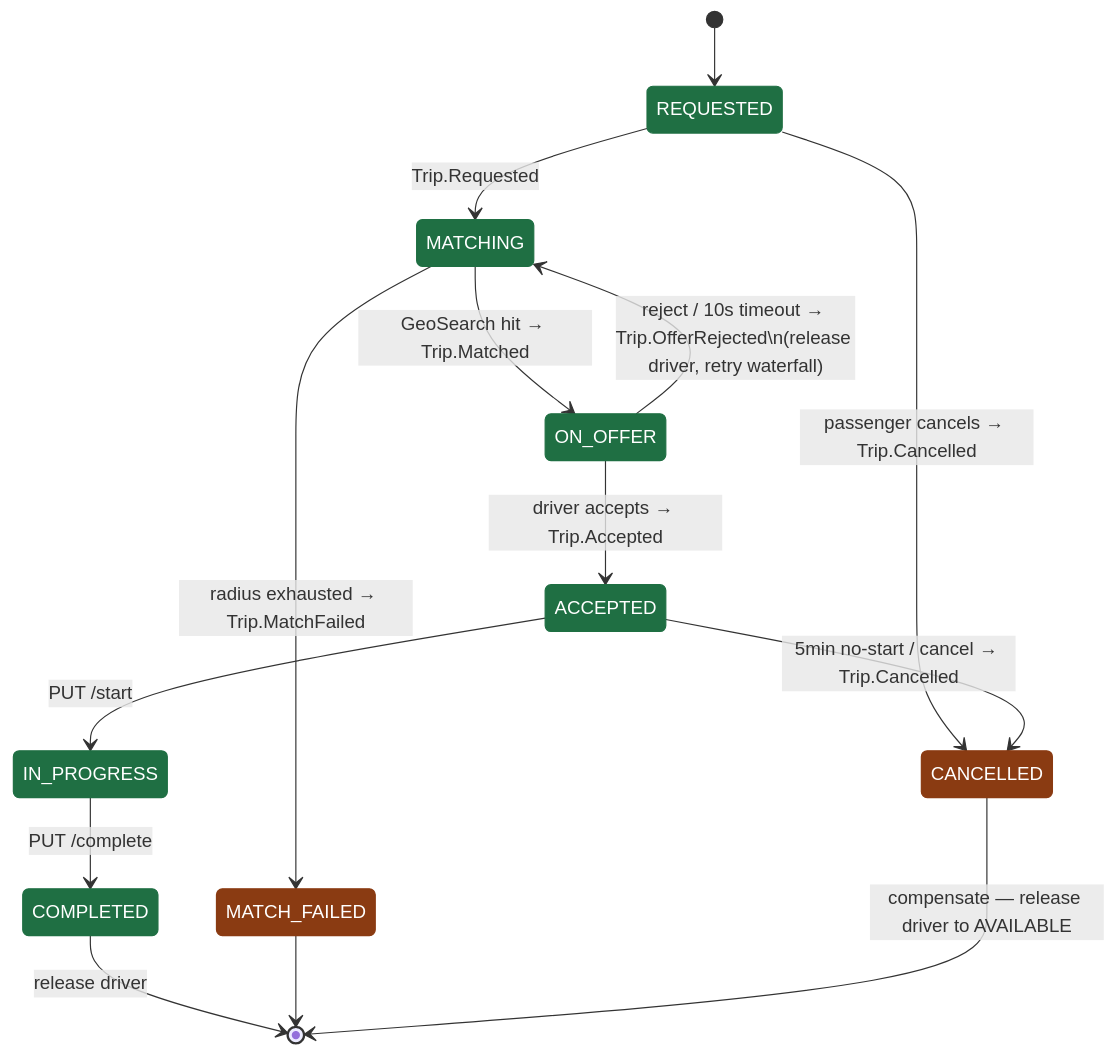
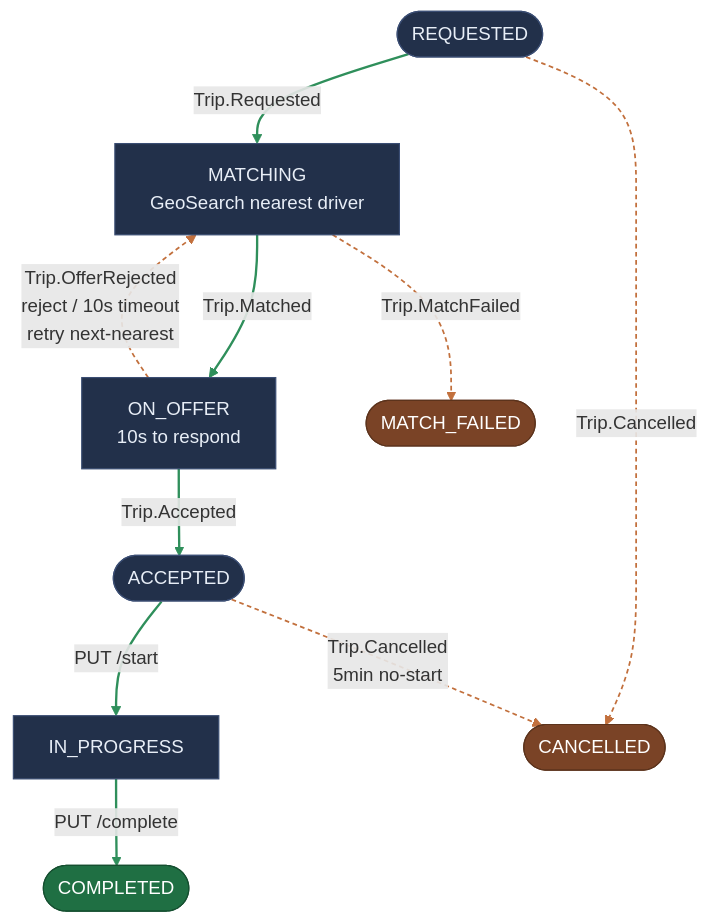
One commit to Ama2352/vroom-services changed the second of 2 diagrams in README.md. Above: the diagram before and after it, drawn with Mermaid. The commit also changed other lines of this file, not shown here.

Commit message:
docs: switch Outbox/Saga diagrams to flowchart, fix rendering issues
stateDiagram-v2 had three problems: \n didn't reliably break lines in
state/edge labels, unstyled states (fork/join, trip/outbox rows) fell
back to Mermaid's default purple theme clashing with the explicit
green/orange palette, and the nested composite states caused crossing
edges with no clear happy-path/compensation distinction.

Rewrote both as flowchart TD: <br/> for line breaks (reliable in flow
nodes/edges), every node explicitly classDef'd so nothing falls back
to a default color, and the Saga diagram runs the happy path as one
solid green line down the middle with dashed orange side-edges for
compensation. Verified by rendering both through mermaid-cli locally.

````diff
--- a/README.md
+++ b/README.md
@@ -71,24 +64,32 @@
 ```mermaid
-stateDiagram-v2
-    classDef happy fill:#1f6f43,color:#fff,stroke:#1f6f43
-    classDef stop fill:#8a3b12,color:#fff,stroke:#8a3b12
+flowchart TD
+    REQUESTED(["REQUESTED"])
+    MATCHING["MATCHING<br/>GeoSearch nearest driver"]
+    ON_OFFER["ON_OFFER<br/>10s to respond"]
+    ACCEPTED(["ACCEPTED"])
+    IN_PROGRESS["IN_PROGRESS"]
+    COMPLETED(["COMPLETED"])
+    MATCH_FAILED(["MATCH_FAILED"])
+    CANCELLED(["CANCELLED"])
 
-    [*] --> REQUESTED
-    REQUESTED --> MATCHING: Trip.Requested
-    MATCHING --> ON_OFFER: GeoSearch hit → Trip.Matched
-    ON_OFFER --> ACCEPTED: driver accepts → Trip.Accepted
-    ACCEPTED --> IN_PROGRESS: PUT /start
-    IN_PROGRESS --> COMPLETED: PUT /complete
-    COMPLETED --> [*]: release driver
+    REQUESTED -->|Trip.Requested| MATCHING
+    MATCHING -->|Trip.Matched| ON_OFFER
+    ON_OFFER -->|Trip.Accepted| ACCEPTED
+    ACCEPTED -->|PUT /start| IN_PROGRESS
+    IN_PROGRESS -->|PUT /complete| COMPLETED
 
-    ON_OFFER --> MATCHING: reject / 10s timeout → Trip.OfferRejected\n(release driver, retry waterfall)
-    MATCHING --> MATCH_FAILED: radius exhausted → Trip.MatchFailed
-    REQUESTED --> CANCELLED: passenger cancels → Trip.Cancelled
-    ACCEPTED --> CANCELLED: 5min no-start / cancel → Trip.Cancelled
+    ON_OFFER -.->|"Trip.OfferRejected<br/>reject / 10s timeout<br/>retry next-nearest"| MATCHING
+    MATCHING -.->|Trip.MatchFailed| MATCH_FAILED
+    REQUESTED -.->|Trip.Cancelled| CANCELLED
+    ACCEPTED -.->|"Trip.Cancelled<br/>5min no-start"| CANCELLED
 
-    MATCH_FAILED --> [*]
-    CANCELLED --> [*]: compensate — release driver to AVAILABLE
+    classDef step fill:#22304a,stroke:#3a4d73,color:#e8eef7
+    classDef done fill:#1f6f43,stroke:#154f30,color:#ffffff
+    classDef stop fill:#7a4326,stroke:#5c331c,color:#ffffff
+    class REQUESTED,MATCHING,ON_OFFER,ACCEPTED,IN_PROGRESS step
+    class COMPLETED done
+    class MATCH_FAILED,CANCELLED stop
 
-    class REQUESTED,MATCHING,ON_OFFER,ACCEPTED,IN_PROGRESS,COMPLETED happy
-    class MATCH_FAILED,CANCELLED stop
+    linkStyle 0,1,2,3,4 stroke:#2f8f5b,stroke-width:2px
+    linkStyle 5,6,7,8 stroke:#c2703d,stroke-width:1.5px,stroke-dasharray: 4 3
 ```
````
